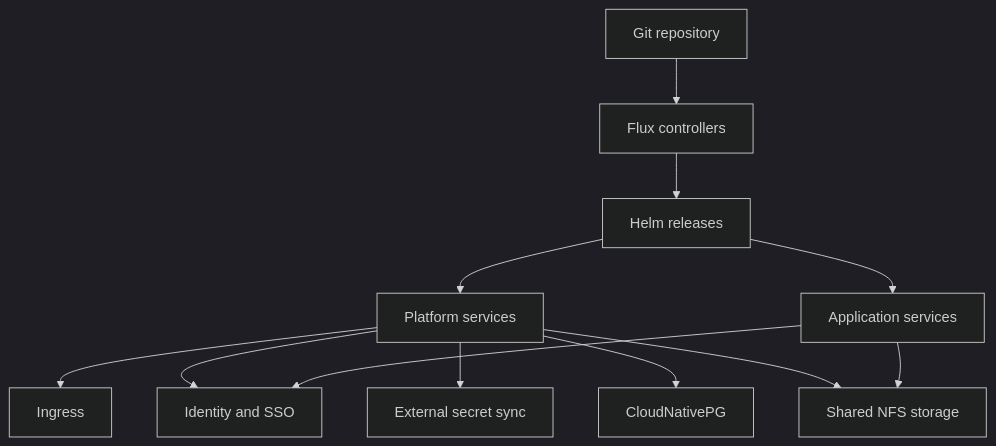
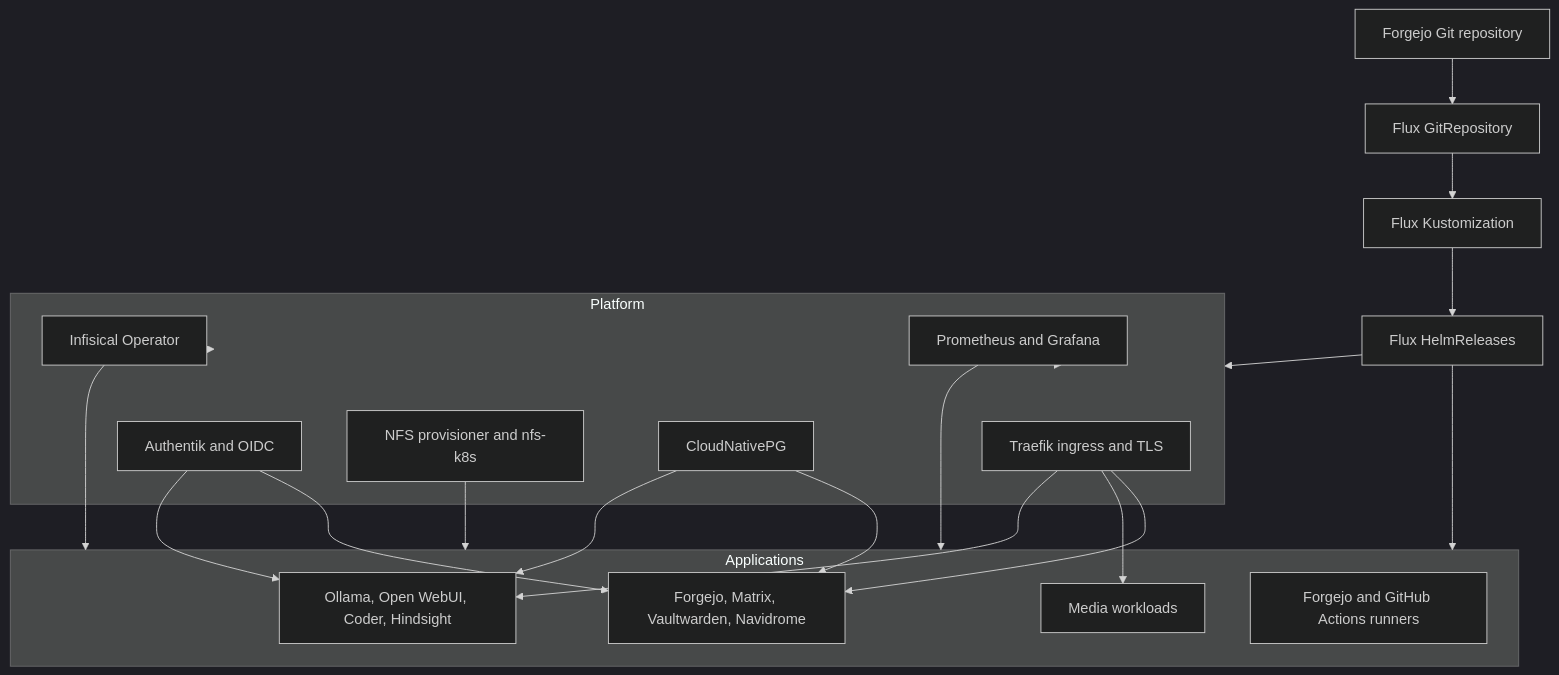
One commit to Tom-Mendy/homelab changed the diagram in docs/architecture.md. Above: the diagram before and after it, drawn with Mermaid (dark theme). The commit also changed other lines of this file and 1 other file, not shown here.

Commit message:
Refresh README and architecture documentation

````diff
--- a/docs/architecture.md
+++ b/docs/architecture.md
@@ -7,14 +9,37 @@
 ```mermaid
-flowchart TD
-    Git[Git repository] --> Flux[Flux controllers]
-    Flux --> Helm[Helm releases]
-    Helm --> Platform[Platform services]
-    Helm --> Apps[Application services]
-    Platform --> Ingress[Ingress]
-    Platform --> Identity[Identity and SSO]
-    Platform --> Secrets[External secret sync]
-    Platform --> Database[CloudNativePG]
-    Platform --> Storage[Shared NFS storage]
-    Apps --> Storage
-    Apps --> Identity
+flowchart TB
+    Git[Forgejo Git repository] --> Source[Flux GitRepository]
+    Source --> Kustomization[Flux Kustomization]
+    Kustomization --> Releases[Flux HelmReleases]
+
+    subgraph Platform
+        Ingress[Traefik ingress and TLS]
+        Identity[Authentik and OIDC]
+        Secrets[Infisical Operator]
+        Storage[NFS provisioner and nfs-k8s]
+        Database[CloudNativePG]
+        Metrics[Prometheus and Grafana]
+    end
+
+    subgraph Applications
+        SelfHosted[Forgejo, Matrix, Vaultwarden, Navidrome]
+        Media[Media workloads]
+        AI[Ollama, Open WebUI, Coder, Hindsight]
+        Automation[Forgejo and GitHub Actions runners]
+    end
+
+    Releases --> Platform
+    Releases --> Applications
+    Ingress --> SelfHosted
+    Ingress --> Media
+    Ingress --> AI
+    Identity --> SelfHosted
+    Identity --> AI
+    Secrets --> Platform
+    Secrets --> Applications
+    Storage --> Applications
+    Database --> SelfHosted
+    Database --> AI
+    Metrics --> Platform
+    Metrics --> Applications
 ```
````
